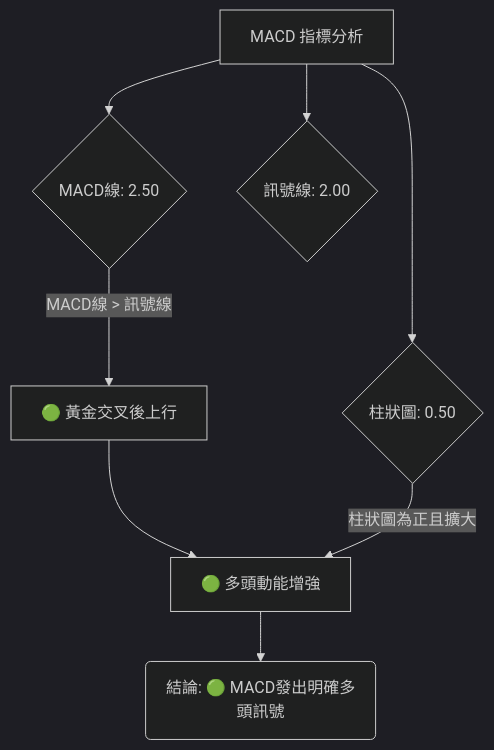
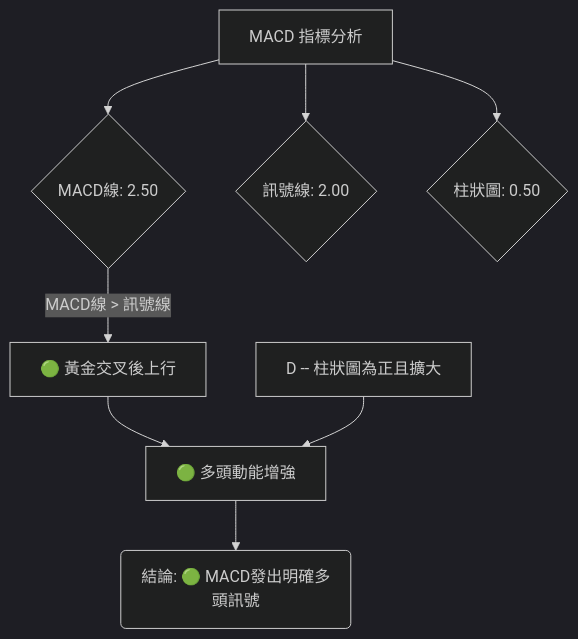
Before and after one commit to yennanliu/finance_data: the eighth of 13 diagrams in ai_gen_report/stock/0050/technical_analysis_2026-07-07_gemini.md, drawn with Mermaid (dark theme). The commit also changed other lines of this file and 2258 other files, not shown here.

First line of the commit message:
chore: backfill Mermaid syntax repair across existing reports

````diff
--- a/ai_gen_report/stock/0050/technical_analysis_2026-07-07_gemini.md
+++ b/ai_gen_report/stock/0050/technical_analysis_2026-07-07_gemini.md
@@ -434,11 +434,11 @@
 ```mermaid
 graph TD
-    A[MACD 指標分析] --> B{MACD線: 2.50}
-    A --> C{訊號線: 2.00}
-    A --> D{柱狀圖: 0.50}
+    A["MACD 指標分析"] --> B{"MACD線: 2.50"}
+    A --> C{"訊號線: 2.00"}
+    A --> D{"柱狀圖: 0.50"}
 
-    B -- MACD線 > 訊號線 --> E[🟢 黃金交叉後上行]
-    E --> F[🟢 多頭動能增強]
-    D -- 柱狀圖為正且擴大 --> F
-    F --> G(結論: 🟢 MACD發出明確多頭訊號)
+    B -- MACD線 > 訊號線 --> E["🟢 黃金交叉後上行"]
+    E --> F["🟢 多頭動能增強"]
+    nb1["D -- 柱狀圖為正且擴大"] --> F
+    F --> G("結論: 🟢 MACD發出明確多頭訊號")
 ```
````
